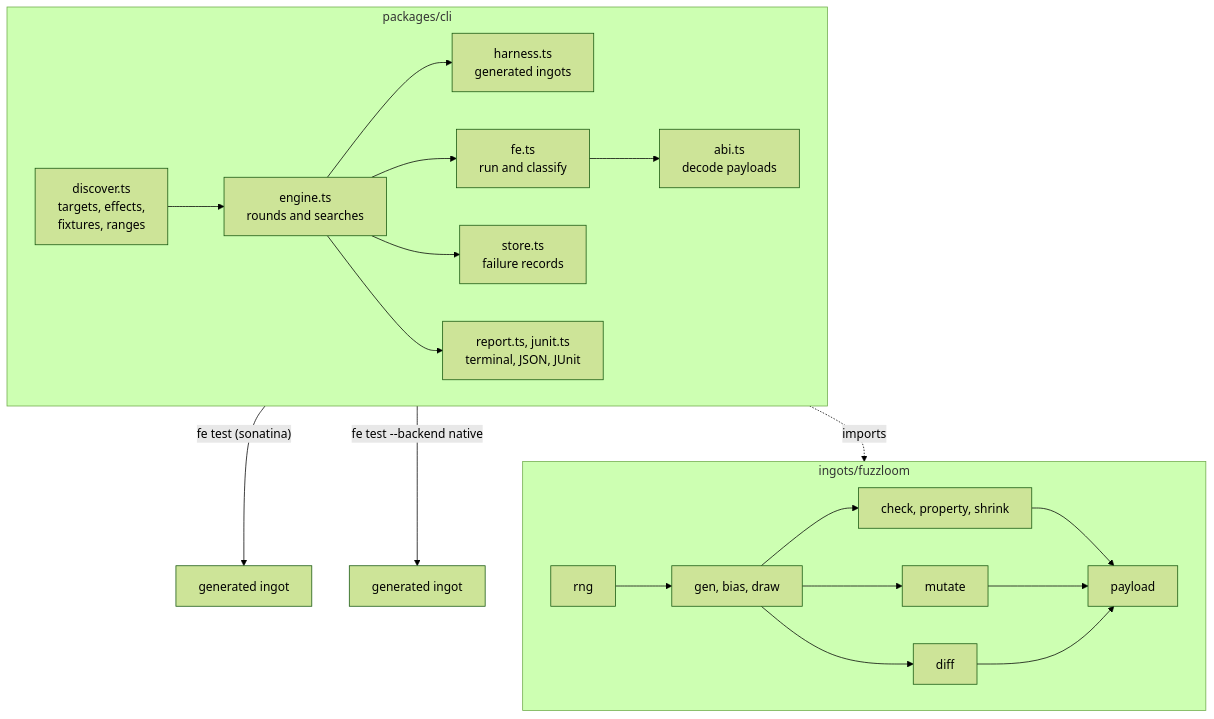
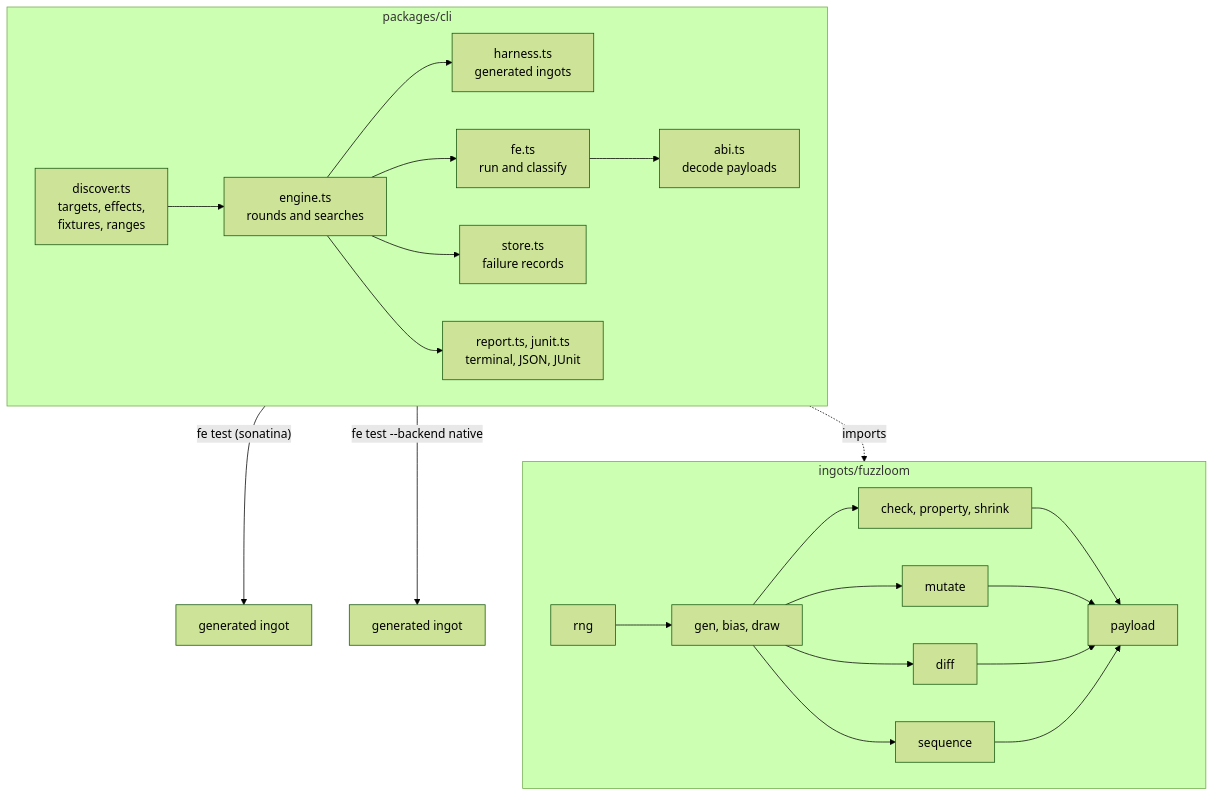
One commit to mikemoulder/fuzzloom changed the diagram in docs/architecture.md. Above: the diagram before and after it, drawn with Mermaid (forest theme). The commit also changed other lines of this file and 24 other files, not shown here.

````diff
--- a/docs/architecture.md
+++ b/docs/architecture.md
@@ -10,23 +10,24 @@
 ```mermaid
 flowchart TB
   subgraph CLI["packages/cli"]
     direction LR
     DISC["discover.ts<br/>targets, effects,<br/>fixtures, ranges"] --> ENG["engine.ts<br/>rounds and searches"]
     ENG --> HAR["harness.ts<br/>generated ingots"]
     ENG --> FE["fe.ts<br/>run and classify"]
     FE --> ABI["abi.ts<br/>decode payloads"]
     ENG --> STORE["store.ts<br/>failure records"]
     ENG --> REP["report.ts, junit.ts<br/>terminal, JSON, JUnit"]
   end
   subgraph LIB["ingots/fuzzloom"]
     direction LR
     RNG["rng"] --> GEN["gen, bias, draw"]
     GEN --> CHK["check, property, shrink"]
     GEN --> MUT["mutate"]
     GEN --> DIF["diff"]
-    CHK & MUT & DIF --> PAY["payload"]
+    GEN --> SEQ["sequence"]
+    CHK & MUT & DIF & SEQ --> PAY["payload"]
   end
   HAR -. "imports" .-> LIB
   FE -- "fe test (sonatina)" --> X1["generated ingot"]
   FE -- "fe test --backend native" --> X2["generated ingot"]
 ```
````
